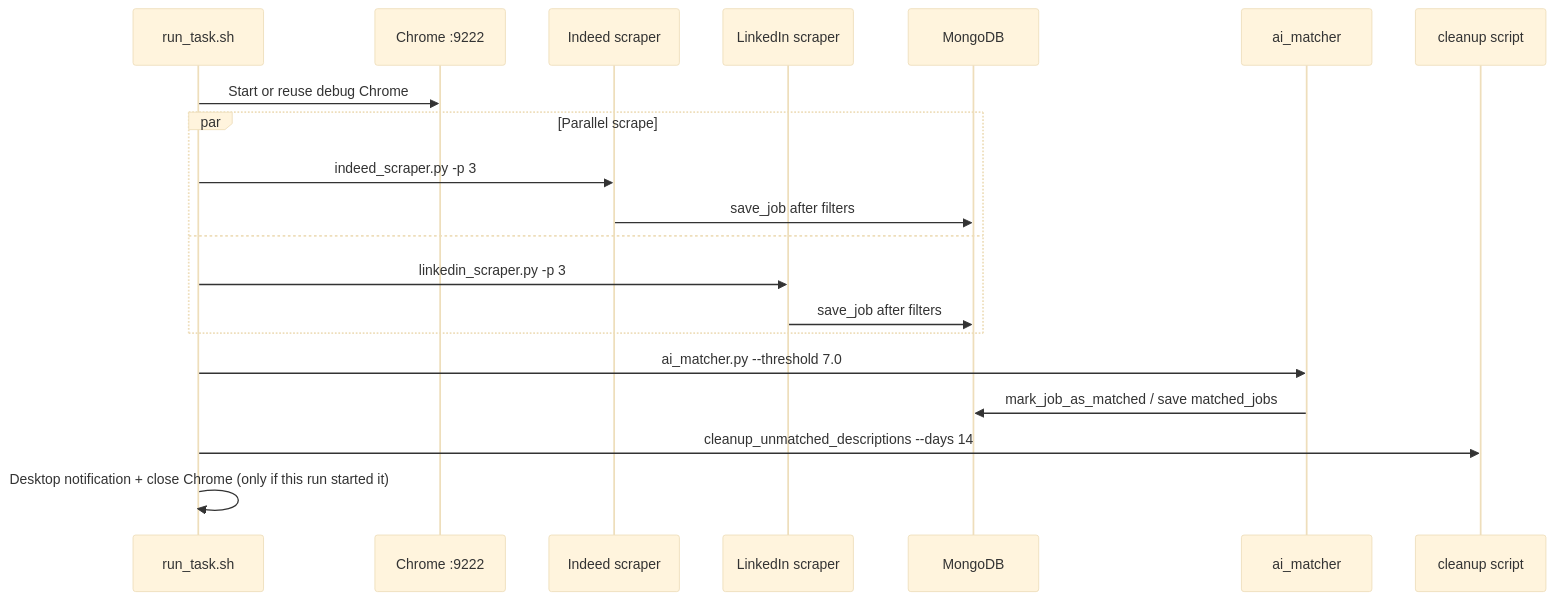
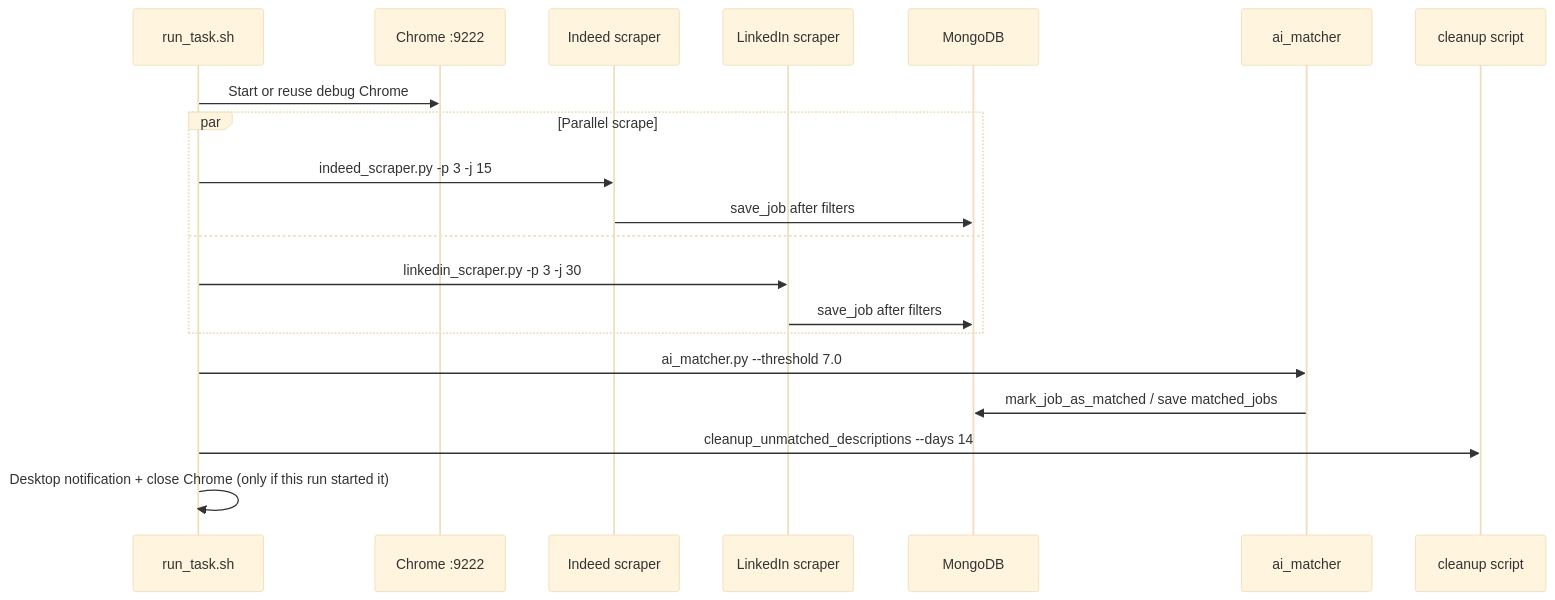
One commit to CarrieNong/job_scraper changed the second of 5 diagrams in docs/architecture.md. Above: the diagram before and after it, drawn with Mermaid (base theme). The commit also changed other lines of this file and 11 other files, not shown here.

````diff
--- a/docs/architecture.md
+++ b/docs/architecture.md
@@ -118,23 +118,23 @@
 ```mermaid
 sequenceDiagram
     participant S as run_task.sh
     participant C as Chrome :9222
     participant I as Indeed scraper
     participant L as LinkedIn scraper
     participant DB as MongoDB
     participant AI as ai_matcher
     participant CL as cleanup script
 
     S->>C: Start or reuse debug Chrome
     par Parallel scrape
-        S->>I: indeed_scraper.py -p 3
+        S->>I: indeed_scraper.py -p 3 -j 15
         I->>DB: save_job after filters
     and
-        S->>L: linkedin_scraper.py -p 3
+        S->>L: linkedin_scraper.py -p 3 -j 30
         L->>DB: save_job after filters
     end
     S->>AI: ai_matcher.py --threshold 7.0
     AI->>DB: mark_job_as_matched / save matched_jobs
     S->>CL: cleanup_unmatched_descriptions --days 14
     S->>S: Desktop notification + close Chrome (only if this run started it)
 ```
````
